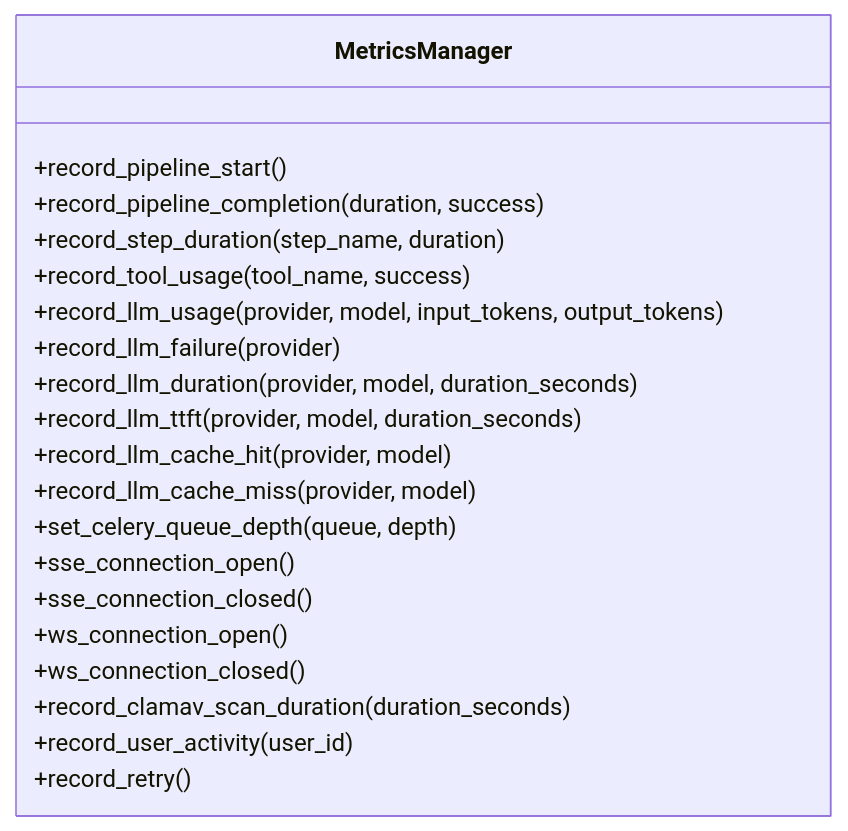
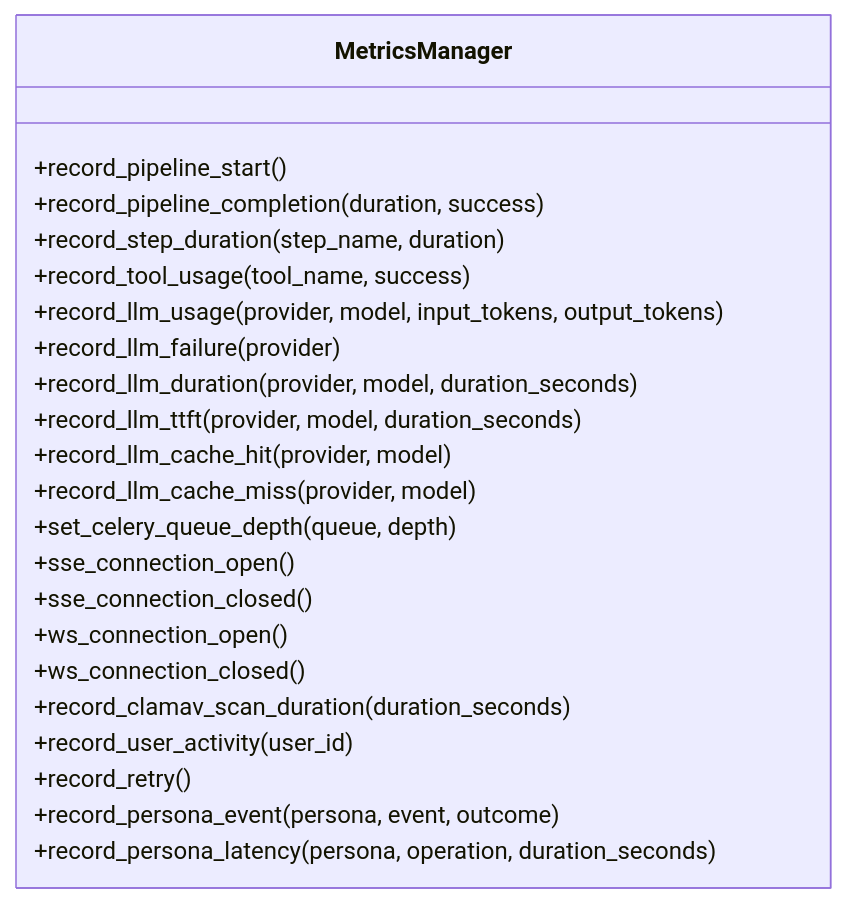
The third of 12 diagrams in .qoder/repowiki/en/content/Backend Development/Monitoring & Metrics.md (rohitkumarnaidu/-Auto-AI-Automated-Academic-Docx-Manuscript-Formatter), drawn with Mermaid before and after one commit. The commit also changed other lines of this file and 6 other files, not shown here.

````diff
--- a/.qoder/repowiki/en/content/Backend Development/Monitoring & Metrics.md
+++ b/.qoder/repowiki/en/content/Backend Development/Monitoring & Metrics.md
@@ -213,23 +243,25 @@
 ```mermaid
 classDiagram
 class MetricsManager {
 +record_pipeline_start()
 +record_pipeline_completion(duration, success)
 +record_step_duration(step_name, duration)
 +record_tool_usage(tool_name, success)
 +record_llm_usage(provider, model, input_tokens, output_tokens)
 +record_llm_failure(provider)
 +record_llm_duration(provider, model, duration_seconds)
 +record_llm_ttft(provider, model, duration_seconds)
 +record_llm_cache_hit(provider, model)
 +record_llm_cache_miss(provider, model)
 +set_celery_queue_depth(queue, depth)
 +sse_connection_open()
 +sse_connection_closed()
 +ws_connection_open()
 +ws_connection_closed()
 +record_clamav_scan_duration(duration_seconds)
 +record_user_activity(user_id)
 +record_retry()
++record_persona_event(persona, event, outcome)
++record_persona_latency(persona, operation, duration_seconds)
 }
 ```
````
